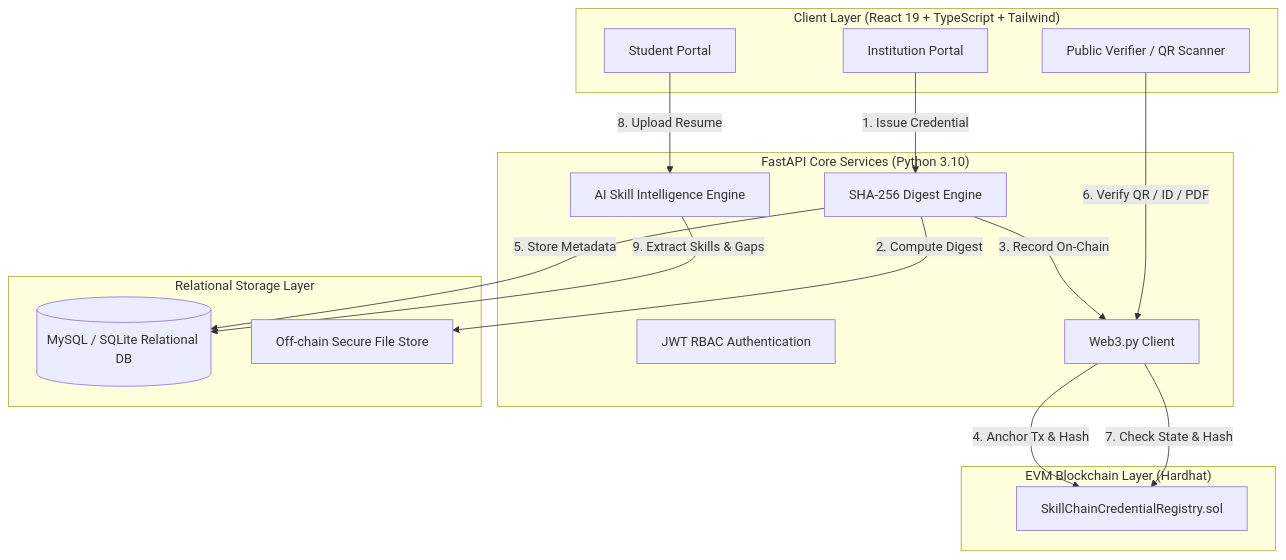
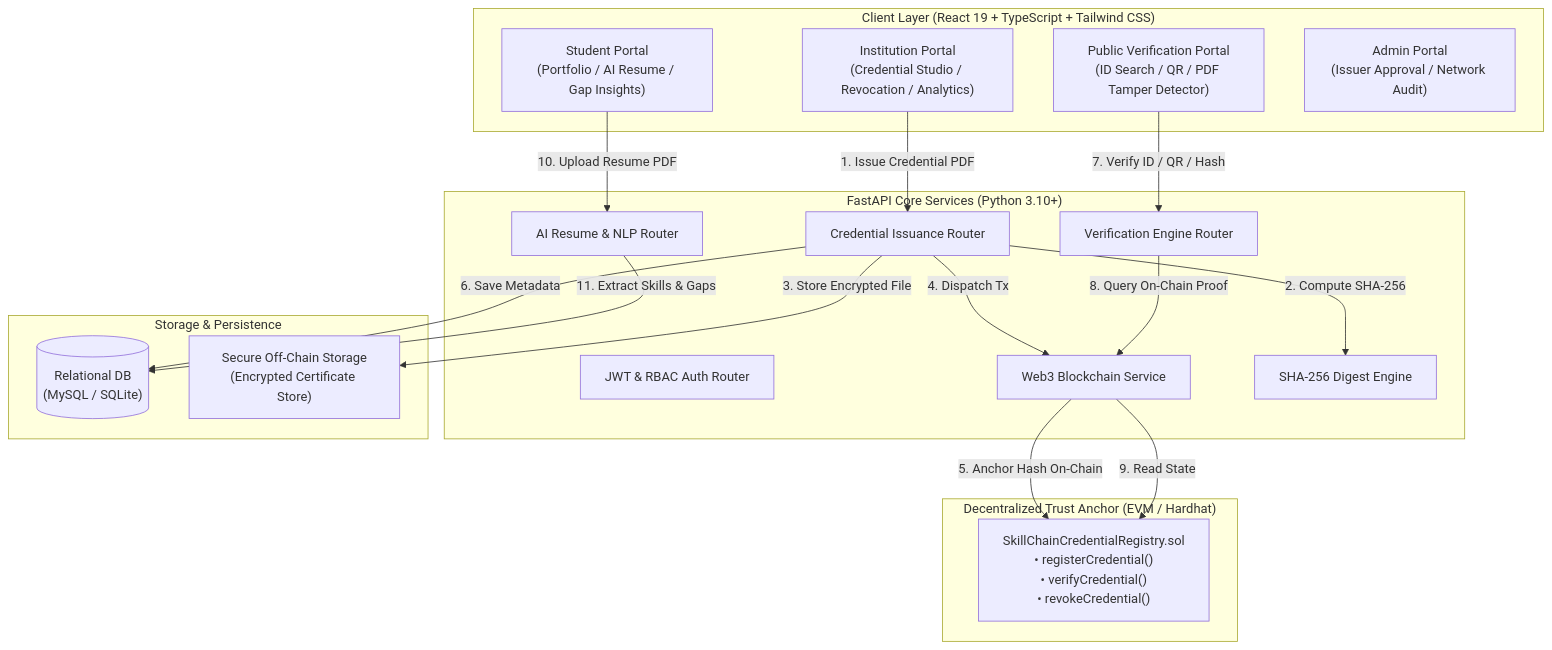
Before and after one commit to adityasing9/SKILLCHAIN: the first of 3 diagrams in README.md, drawn with Mermaid. The commit also changed other lines of this file, not shown here.

````diff
--- a/README.md
+++ b/README.md
@@ -11,34 +95,41 @@
 ```mermaid
 flowchart TD
-    subgraph Client ["Client Layer (React 19 + TypeScript + Tailwind)"]
-        UI_V["Public Verifier / QR Scanner"]
-        UI_S["Student Portal"]
-        UI_I["Institution Portal"]
+    subgraph ClientLayer ["Client Layer (React 19 + TypeScript + Tailwind CSS)"]
+        PUB_VER["Public Verification Portal\n(ID Search / QR / PDF Tamper Detector)"]
+        STU_PORT["Student Portal\n(Portfolio / AI Resume / Gap Insights)"]
+        INS_PORT["Institution Portal\n(Credential Studio / Revocation / Analytics)"]
+        ADM_PORT["Admin Portal\n(Issuer Approval / Network Audit)"]
     end
 
-    subgraph Backend ["FastAPI Core Services (Python 3.10)"]
-        AUTH["JWT RBAC Authentication"]
-        HASH_ENG["SHA-256 Digest Engine"]
-        AI_ENG["AI Skill Intelligence Engine"]
-        WEB3_SVC["Web3.py Client"]
+    subgraph APILayer ["FastAPI Core Services (Python 3.10+)"]
+        AUTH_ROUTER["JWT & RBAC Auth Router"]
+        CRED_ROUTER["Credential Issuance Router"]
+        VERIF_ROUTER["Verification Engine Router"]
+        AI_ROUTER["AI Resume & NLP Router"]
+        BLOCK_SVC["Web3 Blockchain Service"]
+        CRYPTO_ENG["SHA-256 Digest Engine"]
     end
 
-    subgraph Storage ["Relational Storage Layer"]
-        DB[("MySQL / SQLite Relational DB")]
-        FS["Off-chain Secure File Store"]
+    subgraph StorageLayer ["Storage & Persistence"]
+        SQL_DB[("Relational DB\n(MySQL / SQLite)")]
+        OFF_CHAIN["Secure Off-Chain Storage\n(Encrypted Certificate Store)"]
     end
 
-    subgraph Trust ["EVM Blockchain Layer (Hardhat)"]
-        SC["SkillChainCredentialRegistry.sol"]
+    subgraph BlockchainLayer ["Decentralized Trust Anchor (EVM / Hardhat)"]
+        SMART_CONTRACT["SkillChainCredentialRegistry.sol\n• registerCredential()\n• verifyCredential()\n• revokeCredential()"]
     end
 
-    UI_I -->|1. Issue Credential| HASH_ENG
-    HASH_ENG -->|2. Compute Digest| FS
-    HASH_ENG -->|3. Record On-Chain| WEB3_SVC
-    WEB3_SVC -->|4. Anchor Tx & Hash| SC
-    HASH_ENG -->|5. Store Metadata| DB
-    UI_V -->|6. Verify QR / ID / PDF| WEB3_SVC
-    WEB3_SVC -->|7. Check State & Hash| SC
-    UI_S -->|8. Upload Resume| AI_ENG
-    AI_ENG -->|9. Extract Skills & Gaps| DB
+    INS_PORT -->|1. Issue Credential PDF| CRED_ROUTER
+    CRED_ROUTER -->|2. Compute SHA-256| CRYPTO_ENG
+    CRED_ROUTER -->|3. Store Encrypted File| OFF_CHAIN
+    CRED_ROUTER -->|4. Dispatch Tx| BLOCK_SVC
+    BLOCK_SVC -->|5. Anchor Hash On-Chain| SMART_CONTRACT
+    CRED_ROUTER -->|6. Save Metadata| SQL_DB
+
+    PUB_VER -->|7. Verify ID / QR / Hash| VERIF_ROUTER
+    VERIF_ROUTER -->|8. Query On-Chain Proof| BLOCK_SVC
+    BLOCK_SVC -->|9. Read State| SMART_CONTRACT
+
+    STU_PORT -->|10. Upload Resume PDF| AI_ROUTER
+    AI_ROUTER -->|11. Extract Skills & Gaps| SQL_DB
 ```
````
